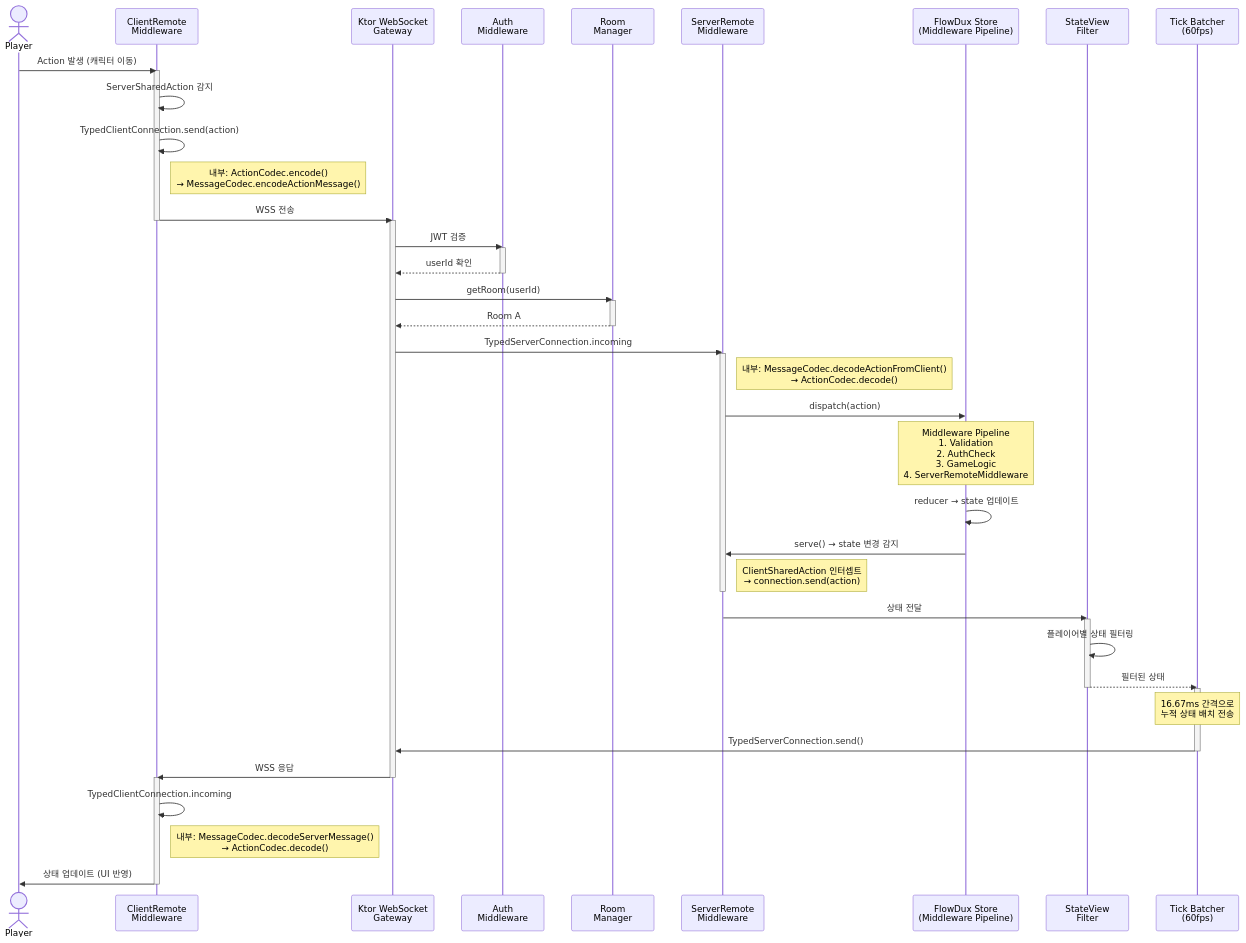
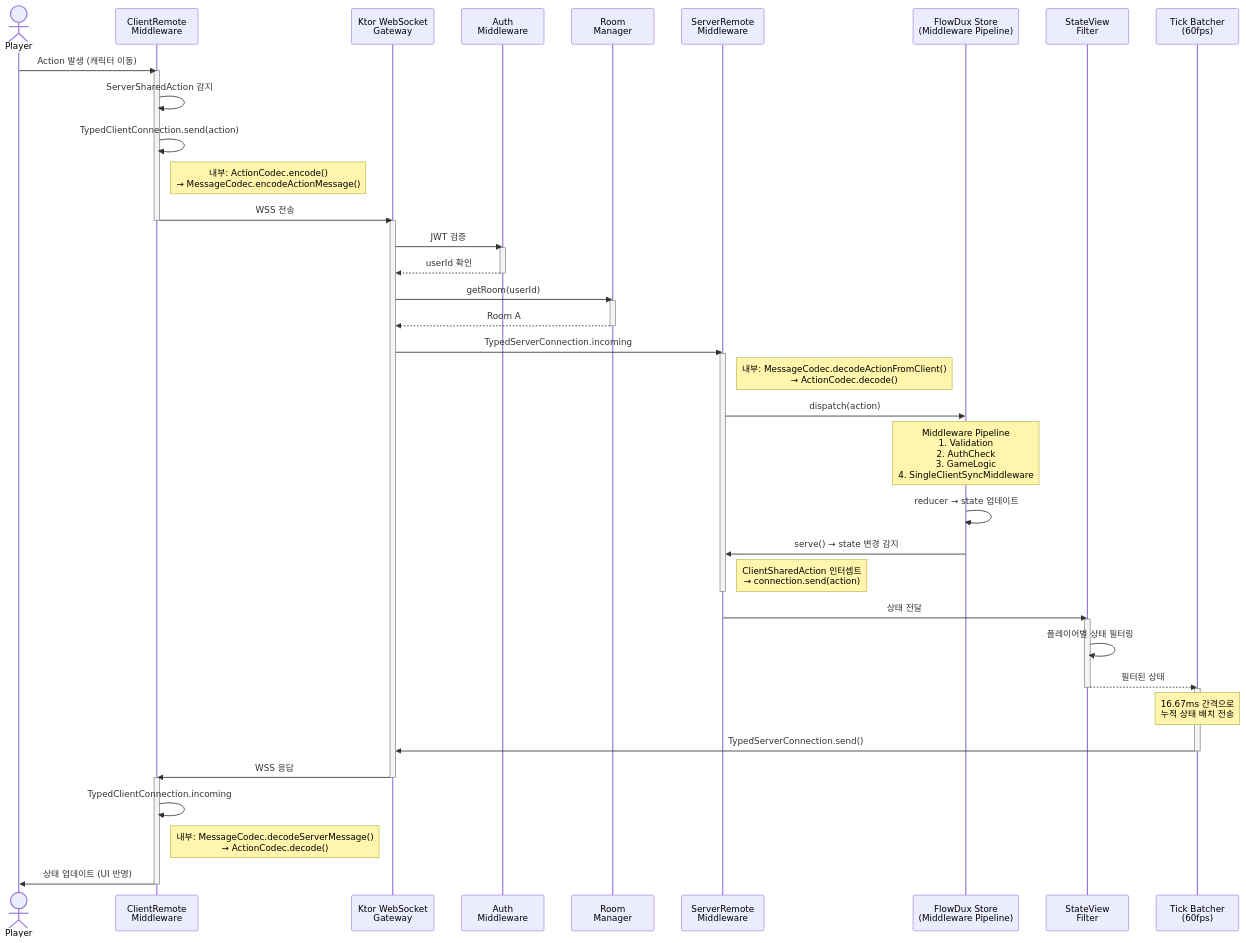
One commit to chibimoons/flowdux changed the second of 4 diagrams in docs/design/multiplayer-server-architecture.md. Above: the diagram before and after it, drawn with Mermaid. The commit also changed other lines of this file and 37 other files, not shown here.

First line of the commit message:
refactor(remote): rename middleware classes for clarity

````diff
--- a/docs/design/multiplayer-server-architecture.md
+++ b/docs/design/multiplayer-server-architecture.md
@@ -69,63 +69,63 @@
 ```mermaid
 sequenceDiagram
     actor Player
     participant Client as ClientRemote<br/>Middleware
     participant WS as Ktor WebSocket<br/>Gateway
     participant Auth as Auth<br/>Middleware
     participant Room as Room<br/>Manager
     participant SRM as ServerRemote<br/>Middleware
     participant Store as FlowDux Store<br/>(Middleware Pipeline)
     participant View as StateView<br/>Filter
     participant Tick as Tick Batcher<br/>(60fps)
 
     Player->>Client: Action 발생 (캐릭터 이동)
     activate Client
     Client->>Client: ServerSharedAction 감지
     Client->>Client: TypedClientConnection.send(action)
     Note right of Client: 내부: ActionCodec.encode()<br/>→ MessageCodec.encodeActionMessage()
     Client->>WS: WSS 전송
     deactivate Client
 
     activate WS
     WS->>Auth: JWT 검증
     activate Auth
     Auth-->>WS: userId 확인
     deactivate Auth
 
     WS->>Room: getRoom(userId)
     activate Room
     Room-->>WS: Room A
     deactivate Room
 
     WS->>SRM: TypedServerConnection.incoming
     activate SRM
     Note right of SRM: 내부: MessageCodec.decodeActionFromClient()<br/>→ ActionCodec.decode()
     SRM->>Store: dispatch(action)
 
-    Note over Store: Middleware Pipeline<br/>1. Validation<br/>2. AuthCheck<br/>3. GameLogic<br/>4. ServerRemoteMiddleware
+    Note over Store: Middleware Pipeline<br/>1. Validation<br/>2. AuthCheck<br/>3. GameLogic<br/>4. SingleClientSyncMiddleware
 
     Store->>Store: reducer → state 업데이트
     Store->>SRM: serve() → state 변경 감지
     Note right of SRM: ClientSharedAction 인터셉트<br/>→ connection.send(action)
     deactivate SRM
 
     SRM->>View: 상태 전달
     activate View
     View->>View: 플레이어별 상태 필터링
     View-->>Tick: 필터된 상태
     deactivate View
 
     activate Tick
     Note over Tick: 16.67ms 간격으로<br/>누적 상태 배치 전송
 
     Tick->>WS: TypedServerConnection.send()
     deactivate Tick
 
     WS->>Client: WSS 응답
     deactivate WS
     activate Client
     Client->>Client: TypedClientConnection.incoming
     Note right of Client: 내부: MessageCodec.decodeServerMessage()<br/>→ ActionCodec.decode()
     Client->>Player: 상태 업데이트 (UI 반영)
     deactivate Client
 ```
````
